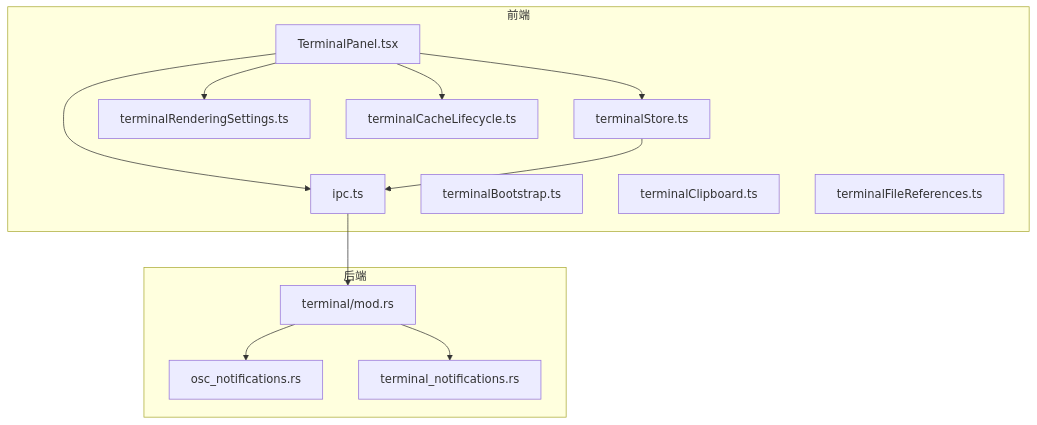
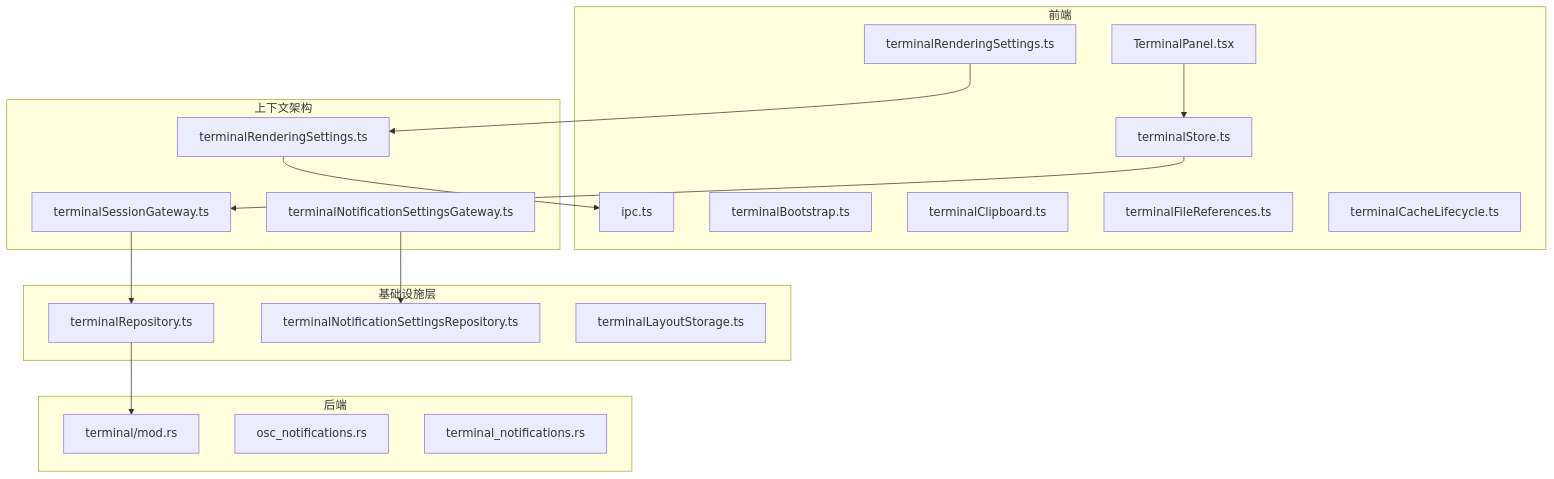
One commit to yattin/panes changed the first of 7 diagrams in .qoder/repowiki/zh/content/核心功能/终端集成.md. Above: the diagram before and after it, drawn with Mermaid. The commit also changed other lines of this file and 45 other files, not shown here.

````diff
--- a/.qoder/repowiki/zh/content/核心功能/终端集成.md
+++ b/.qoder/repowiki/zh/content/核心功能/终端集成.md
@@ -42,26 +64,35 @@
 ```mermaid
 graph TB
 subgraph "前端"
 TP["TerminalPanel.tsx"]
 TS["terminalStore.ts"]
 IPC["ipc.ts"]
 TRS["terminalRenderingSettings.ts"]
 TBS["terminalBootstrap.ts"]
 TCLIP["terminalClipboard.ts"]
 TFL["terminalFileReferences.ts"]
 TCL["terminalCacheLifecycle.ts"]
 end
+subgraph "上下文架构"
+TSG["terminalSessionGateway.ts"]
+TRI["terminalRenderingSettings.ts"]
+TNSG["terminalNotificationSettingsGateway.ts"]
+end
+subgraph "基础设施层"
+TR["terminalRepository.ts"]
+TNSR["terminalNotificationSettingsRepository.ts"]
+TLS["terminalLayoutStorage.ts"]
+end
 subgraph "后端"
 TM["terminal/mod.rs"]
 OSC["osc_notifications.rs"]
 TN["terminal_notifications.rs"]
 end
 TP --> TS
-TP --> IPC
-TP --> TRS
-TP --> TCL
-TS --> IPC
-IPC --> TM
-TM --> OSC
-TM --> TN
+TS --> TSG
+TSG --> TR
+TR --> TM
+TRS --> TRI
+TNSG --> TNSR
+TRI --> IPC
 ```
````
